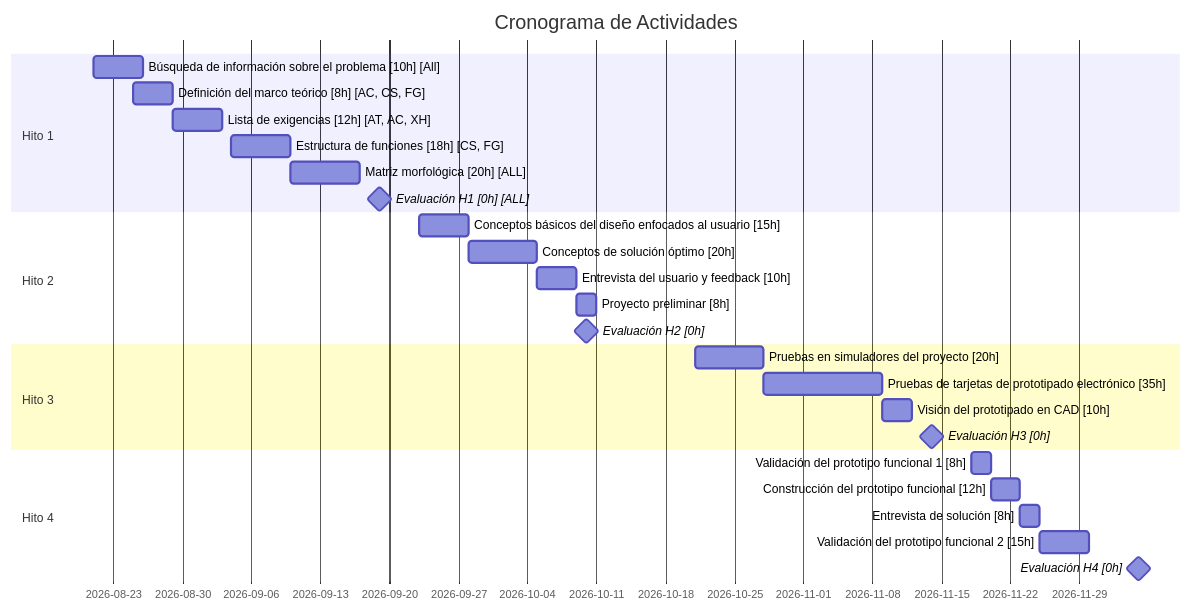
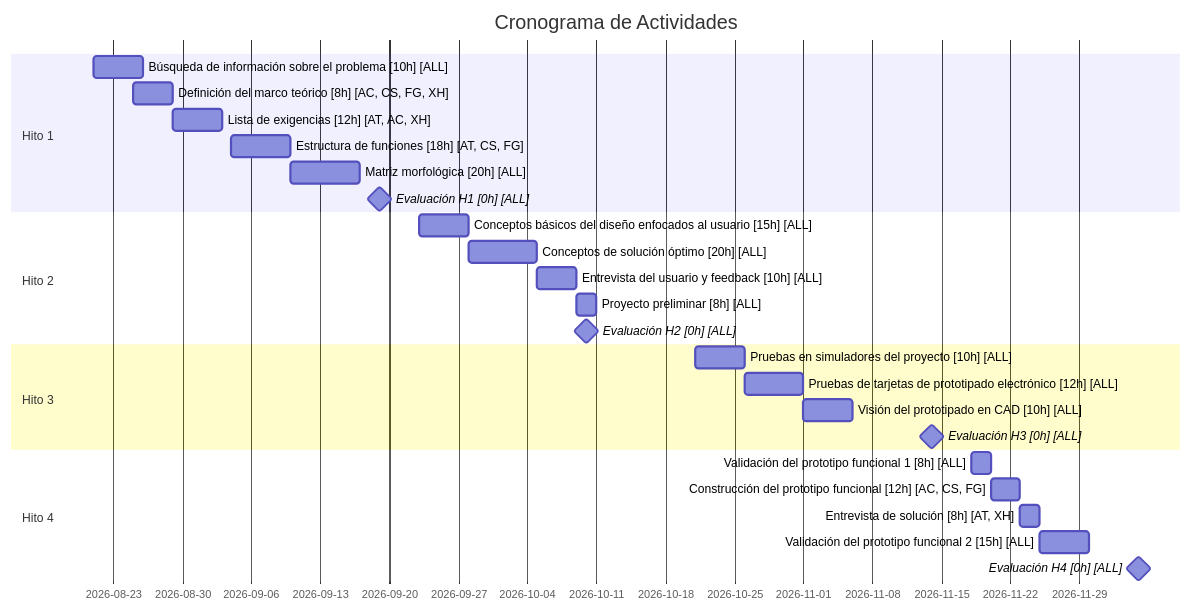
Before and after one commit to adriiit/PBDI_G1: the diagram in Hito 1/gantt_.md, drawn with Mermaid.

````diff
--- a/Hito 1/gantt_.md
+++ b/Hito 1/gantt_.md
@@ -2,33 +2,33 @@
 ```mermaid
 gantt
     dateFormat  YYYY-MM-DD
     title Cronograma de Actividades
 
     section Hito 1
-    Búsqueda de información sobre el problema [10h] [All]      :a1, 2026-08-21, 5d
-    Definición del marco teórico [8h] [AC, CS, FG]                    :a2, 2026-08-25, 4d
+    Búsqueda de información sobre el problema [10h] [ALL]      :a1, 2026-08-21, 5d
+    Definición del marco teórico [8h] [AC, CS, FG, XH]                    :a2, 2026-08-25, 4d
     Lista de exigencias [12h] [AT, AC, XH]                            :a3, 2026-08-29, 5d
-    Estructura de funciones [18h] [CS, FG]                        :a4, 2026-09-4, 6d
+    Estructura de funciones [18h] [AT, CS, FG]                        :a4, 2026-09-4, 6d
     Matriz morfológica [20h] [ALL]                            :a5, after a4, 7d
     Evaluación H1 [0h] [ALL]                                   :milestone, h1, 2026-09-19, 0d
 
     section Hito 2
-    Conceptos básicos del diseño enfocados al usuario [15h] :b1, 2026-09-23, 5d
-    Conceptos de solución óptimo [20h]                   :b2, after b1, 7d
-    Entrevista del usuario y feedback [10h]              :b3, after b2, 4d
-    Proyecto preliminar [8h]                             :b4, after b3, 2d
-    Evaluación H2 [0h]                                   :milestone, h2, 2026-10-10, 0d
+    Conceptos básicos del diseño enfocados al usuario [15h] [ALL] :b1, 2026-09-23, 5d
+    Conceptos de solución óptimo [20h] [ALL]                   :b2, after b1, 7d
+    Entrevista del usuario y feedback [10h] [ALL]             :b3, after b2, 4d
+    Proyecto preliminar [8h] [ALL]                             :b4, after b3, 2d
+    Evaluación H2 [0h] [ALL]                                   :milestone, h2, 2026-10-10, 0d
 
     section Hito 3
-    Pruebas en simuladores del proyecto [20h]            :c1, 2026-10-21, 7d
-    Pruebas de tarjetas de prototipado electrónico [35h] :c2, after c1, 12d
-    Visión del prototipado en CAD [10h]                  :c3, after c2, 3d
-    Evaluación H3 [0h]                                   :milestone, h3, 2026-11-14, 0d
+    Pruebas en simuladores del proyecto [10h] [ALL]           :c1, 2026-10-21, 5d
+    Pruebas de tarjetas de prototipado electrónico [12h] [ALL] :c2, after c1, 6d
+    Visión del prototipado en CAD [10h] [ALL]                  :c3, after c2, 5d
+    Evaluación H3 [0h] [ALL]                                   :milestone, h3, 2026-11-14, 0d
 
     section Hito 4
-    Validación del prototipo funcional 1 [8h]            :d1, 2026-11-18, 2d
-    Construcción del prototipo funcional [12h]           :d2, after d1, 3d
-    Entrevista de solución [8h]                          :d3, after d2, 2d
-    Validación del prototipo funcional 2 [15h]           :d4, after d3, 5d
-    Evaluación H4 [0h]                                   :milestone, h4, 2026-12-05, 0d
+    Validación del prototipo funcional 1 [8h] [ALL]            :d1, 2026-11-18, 2d
+    Construcción del prototipo funcional [12h] [AC, CS, FG]           :d2, after d1, 3d
+    Entrevista de solución [8h] [AT, XH]                          :d3, after d2, 2d
+    Validación del prototipo funcional 2 [15h] [ALL]           :d4, after d3, 5d
+    Evaluación H4 [0h] [ALL]                                   :milestone, h4, 2026-12-05, 0d
 ```
````
